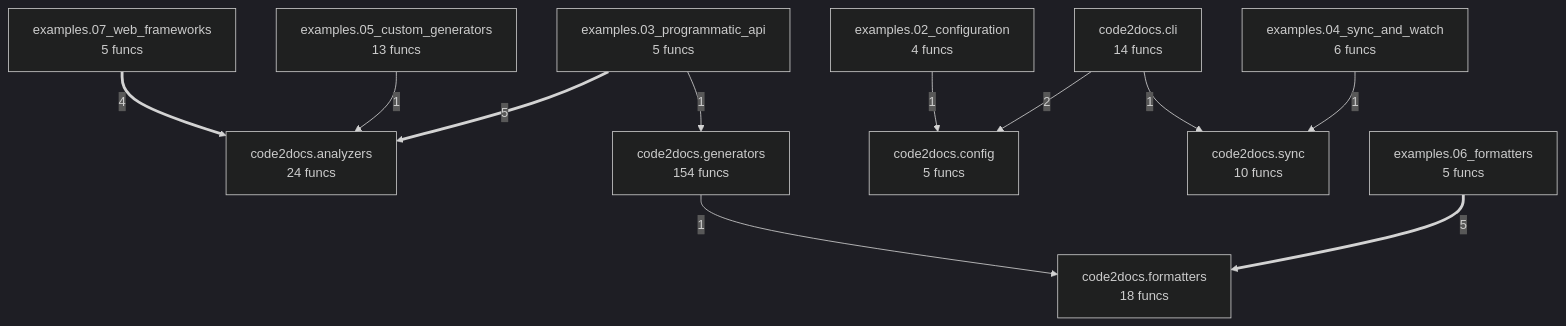
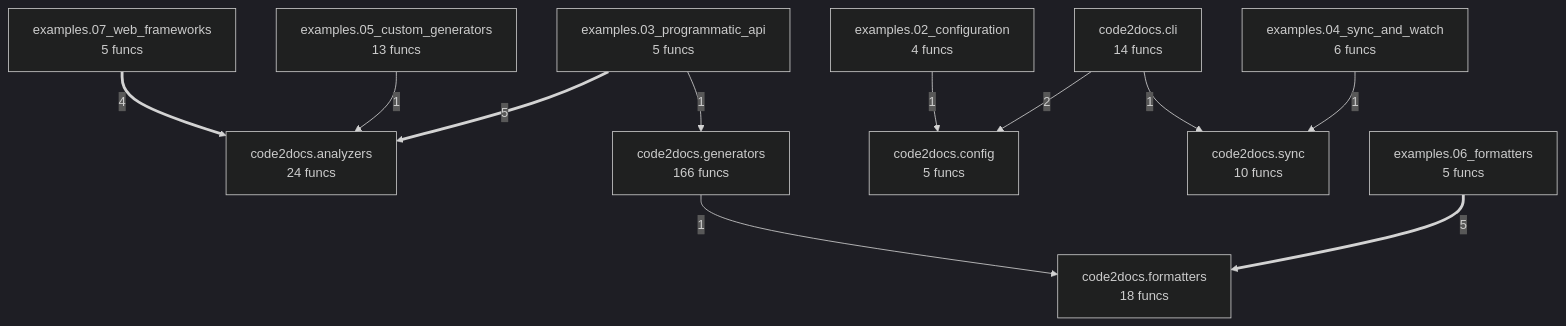
One commit to wronai/code2docs changed the diagram in project/compact_flow.mmd. Above: the diagram before and after it, drawn with Mermaid (dark theme). The commit also changed 49 other files, not shown here.

```diff
--- a/project/compact_flow.mmd
+++ b/project/compact_flow.mmd
@@ -1,23 +1,23 @@
 flowchart TD
     code2docs_analyzers["code2docs.analyzers<br/>24 funcs"]
     code2docs_cli["code2docs.cli<br/>14 funcs"]
     code2docs_config["code2docs.config<br/>5 funcs"]
     code2docs_formatters["code2docs.formatters<br/>18 funcs"]
-    code2docs_generators["code2docs.generators<br/>154 funcs"]
+    code2docs_generators["code2docs.generators<br/>166 funcs"]
     code2docs_sync["code2docs.sync<br/>10 funcs"]
     examples_02_configuration["examples.02_configuration<br/>4 funcs"]
     examples_03_programmatic_api["examples.03_programmatic_api<br/>5 funcs"]
     examples_04_sync_and_watch["examples.04_sync_and_watch<br/>6 funcs"]
     examples_05_custom_generators["examples.05_custom_generators<br/>13 funcs"]
     examples_06_formatters["examples.06_formatters<br/>5 funcs"]
     examples_07_web_frameworks["examples.07_web_frameworks<br/>5 funcs"]
     examples_06_formatters ==>|5| code2docs_formatters
     examples_03_programmatic_api ==>|5| code2docs_analyzers
     examples_07_web_frameworks ==>|4| code2docs_analyzers
     code2docs_cli -->|2| code2docs_config
     examples_04_sync_and_watch -->|1| code2docs_sync
     examples_05_custom_generators -->|1| code2docs_analyzers
     examples_03_programmatic_api -->|1| code2docs_generators
     examples_02_configuration -->|1| code2docs_config
     code2docs_generators -->|1| code2docs_formatters
     code2docs_cli -->|1| code2docs_sync
```
